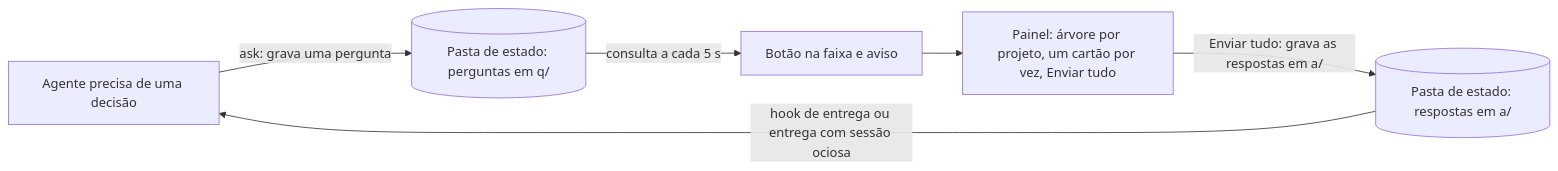
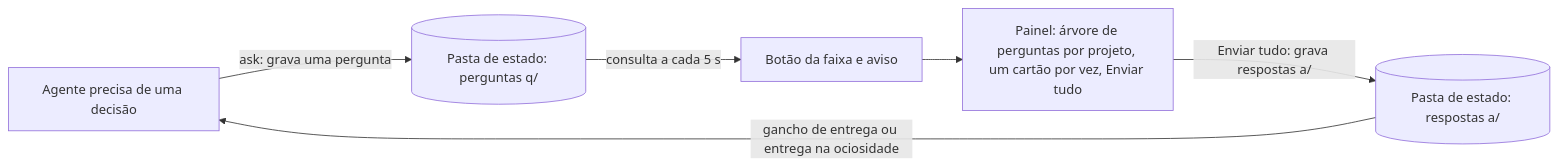
The first of 2 diagrams in README.pt-BR.md (KeepGlide/askaway), drawn with Mermaid before and after one commit. The commit also changed other lines of this file and 5 other files, not shown here.

````diff
--- a/README.pt-BR.md
+++ b/README.pt-BR.md
@@ -38,8 +36,8 @@
 ```mermaid
 flowchart LR
-    agent["Agente precisa de uma decisão"] -->|"ask: grava uma pergunta"| folder[("Pasta de estado: perguntas em q/")]
-    folder -->|"consulta a cada 5 s"| band["Botão na faixa e aviso"]
-    band --> panel["Painel: árvore por projeto, um cartão por vez, Enviar tudo"]
-    panel -->|"Enviar tudo: grava as respostas em a/"| answers[("Pasta de estado: respostas em a/")]
-    answers -->|"hook de entrega ou entrega com sessão ociosa"| agent
+    agent["Agente precisa de uma decisão"] -->|"ask: grava uma pergunta"| folder[("Pasta de estado: perguntas q/")]
+    folder -->|"consulta a cada 5 s"| band["Botão da faixa e aviso"]
+    band --> panel["Painel: árvore de perguntas por projeto, um cartão por vez, Enviar tudo"]
+    panel -->|"Enviar tudo: grava respostas a/"| answers[("Pasta de estado: respostas a/")]
+    answers -->|"gancho de entrega ou entrega na ociosidade"| agent
 ```
````
